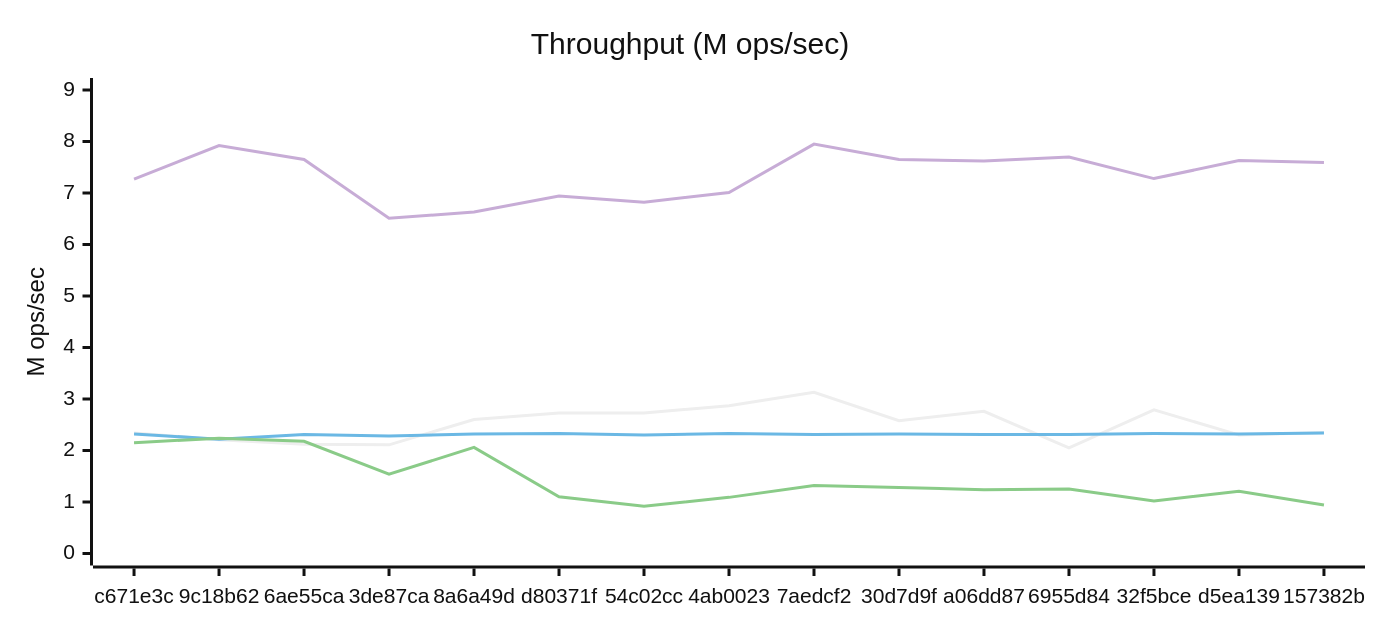
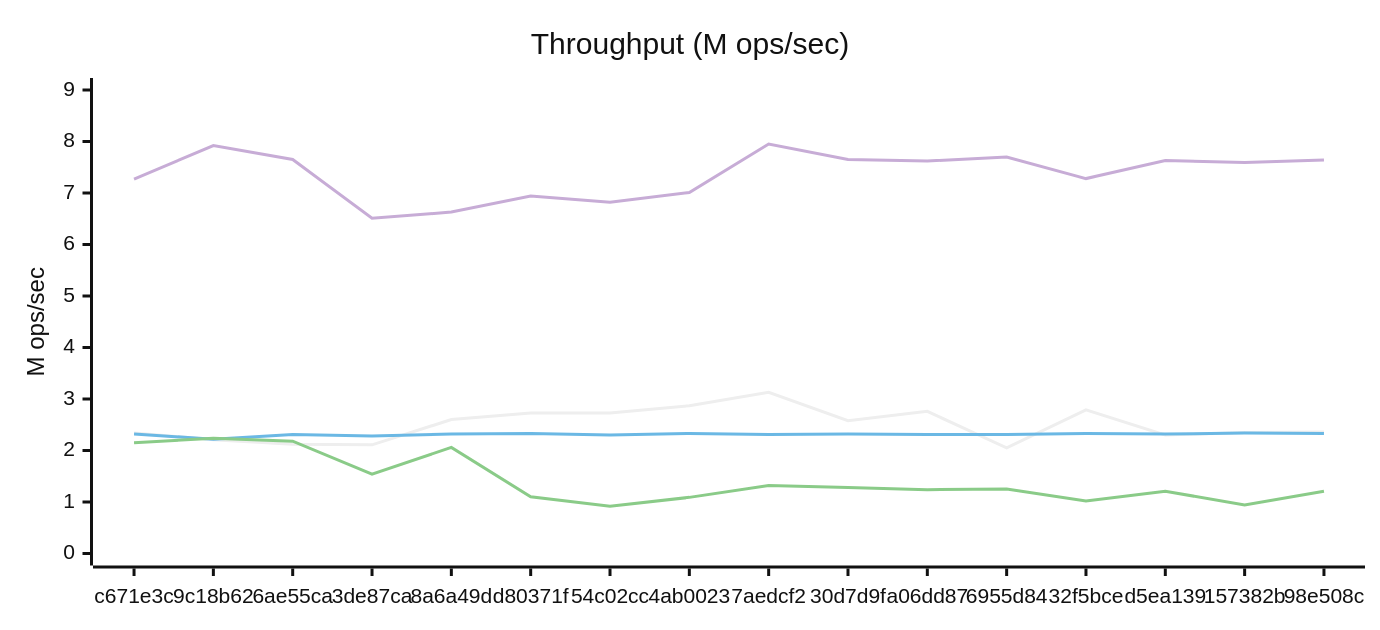
One commit to Ikolvi/titan changed the fourth of 6 diagrams in docs/BENCHMARKS.md. Above: the diagram before and after it, drawn with Mermaid (neutral theme). The commit also changed other lines of this file, not shown here.

````diff
--- a/docs/BENCHMARKS.md
+++ b/docs/BENCHMARKS.md
@@ -153,17 +154,17 @@
 ```mermaid
 ---
 config:
     xyChart:
         width: 900
         height: 400
         plotColorPalette: "#4e79a7, #f28e2c, #e15759, #76b7b2, #59a14f, #edc949"
 ---
 xychart-beta
     title "Throughput (M ops/sec)"
-    x-axis ["c671e3c", "9c18b62", "6ae55ca", "3de87ca", "8a6a49d", "d80371f", "54c02cc", "4ab0023", "7aedcf2", "30d7d9f", "a06dd87", "6955d84", "32f5bce", "d5ea139", "157382b"]
+    x-axis ["c671e3c", "9c18b62", "6ae55ca", "3de87ca", "8a6a49d", "d80371f", "54c02cc", "4ab0023", "7aedcf2", "30d7d9f", "a06dd87", "6955d84", "32f5bce", "d5ea139", "157382b", "98e508c"]
     y-axis "M ops/sec" 0.00 --> 9.00
-    line [2.34, 2.21, 2.12, 2.11, 2.60, 2.73, 2.73, 2.87, 3.13, 2.58, 2.76, 2.05, 2.79, 2.30, 2.35]
-    line [2.32, 2.22, 2.31, 2.28, 2.32, 2.33, 2.30, 2.33, 2.31, 2.32, 2.31, 2.31, 2.33, 2.32, 2.34]
-    line [2.15, 2.24, 2.18, 1.54, 2.06, 1.10, 0.92, 1.09, 1.32, 1.28, 1.24, 1.25, 1.02, 1.21, 0.94]
-    line [7.27, 7.92, 7.65, 6.51, 6.63, 6.94, 6.82, 7.01, 7.95, 7.65, 7.62, 7.70, 7.28, 7.63, 7.59]
+    line [2.34, 2.21, 2.12, 2.11, 2.60, 2.73, 2.73, 2.87, 3.13, 2.58, 2.76, 2.05, 2.79, 2.30, 2.35, 2.36]
+    line [2.32, 2.22, 2.31, 2.28, 2.32, 2.33, 2.30, 2.33, 2.31, 2.32, 2.31, 2.31, 2.33, 2.32, 2.34, 2.33]
+    line [2.15, 2.24, 2.18, 1.54, 2.06, 1.10, 0.92, 1.09, 1.32, 1.28, 1.24, 1.25, 1.02, 1.21, 0.94, 1.21]
+    line [7.27, 7.92, 7.65, 6.51, 6.63, 6.94, 6.82, 7.01, 7.95, 7.65, 7.62, 7.70, 7.28, 7.63, 7.59, 7.64]
 ```
````
